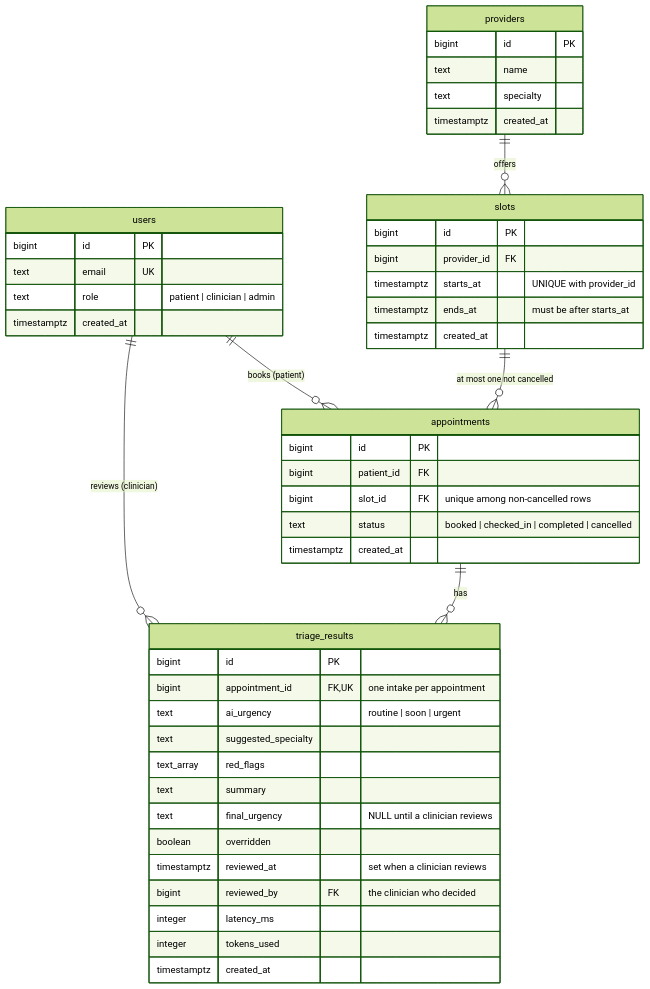
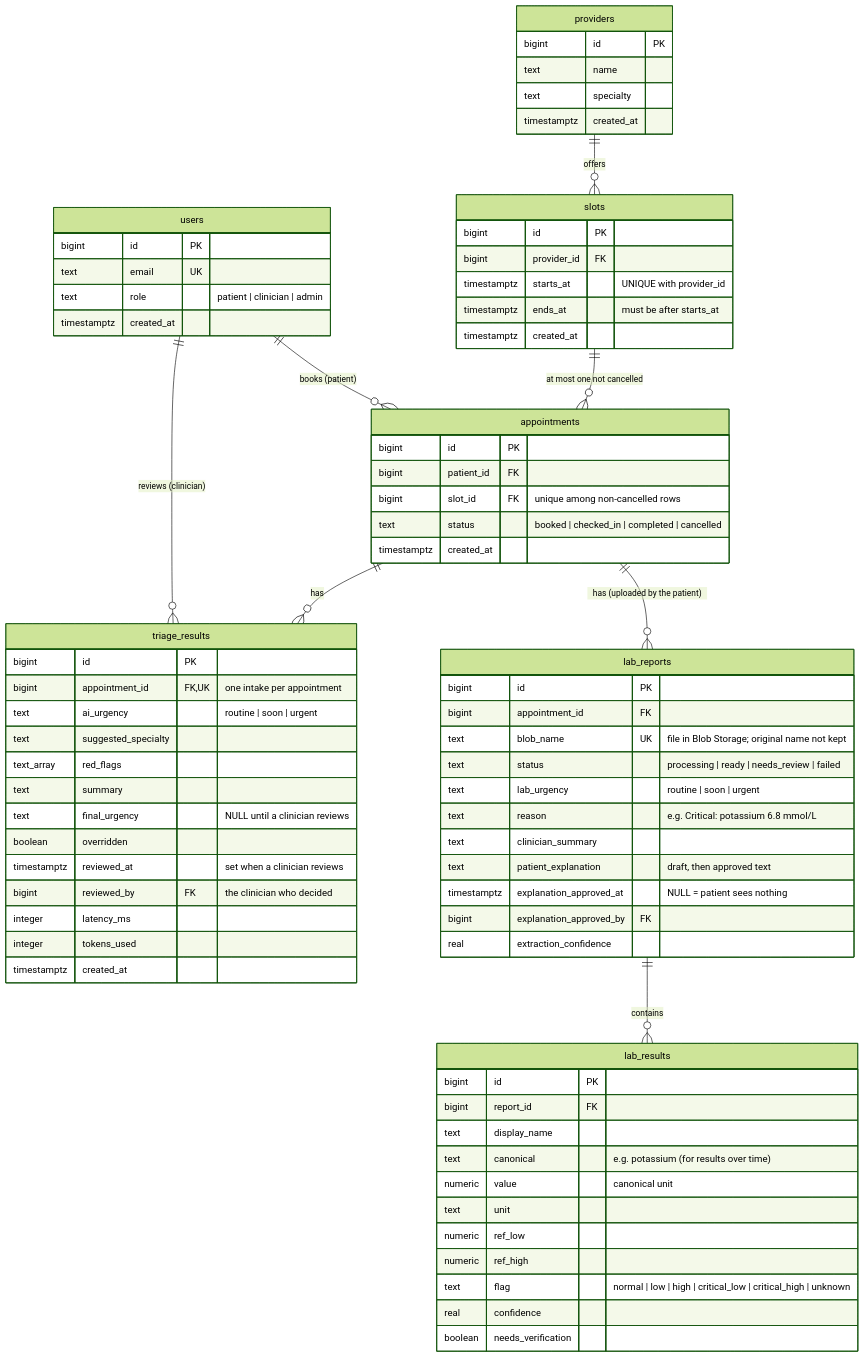
One commit to TilokJahan/Clinic-portal changed the diagram in docs/schema.md. Above: the diagram before and after it, drawn with Mermaid (forest theme). The commit also changed other lines of this file and 56 other files, not shown here.

First line of the commit message:
Add lab results: OCR, rule-based flags, AI summaries, clinician approval

````diff
--- a/docs/schema.md
+++ b/docs/schema.md
@@ -6,50 +7,78 @@
 ```mermaid
 erDiagram
     users ||--o{ appointments : "books (patient)"
     users ||--o{ triage_results : "reviews (clinician)"
     providers ||--o{ slots : offers
     slots ||--o{ appointments : "at most one not cancelled"
     appointments ||--o{ triage_results : has
+    appointments ||--o{ lab_reports : "has (uploaded by the patient)"
+    lab_reports ||--o{ lab_results : contains
 
     users {
         bigint id PK
         text email UK
         text role "patient | clinician | admin"
         timestamptz created_at
     }
     providers {
         bigint id PK
         text name
         text specialty
         timestamptz created_at
     }
     slots {
         bigint id PK
         bigint provider_id FK
         timestamptz starts_at "UNIQUE with provider_id"
         timestamptz ends_at "must be after starts_at"
         timestamptz created_at
     }
     appointments {
         bigint id PK
         bigint patient_id FK
         bigint slot_id FK "unique among non-cancelled rows"
         text status "booked | checked_in | completed | cancelled"
         timestamptz created_at
     }
     triage_results {
         bigint id PK
         bigint appointment_id FK,UK "one intake per appointment"
         text ai_urgency "routine | soon | urgent"
         text suggested_specialty
         text_array red_flags
         text summary
         text final_urgency "NULL until a clinician reviews"
         boolean overridden
         timestamptz reviewed_at "set when a clinician reviews"
         bigint reviewed_by FK "the clinician who decided"
         integer latency_ms
         integer tokens_used
         timestamptz created_at
     }
+    lab_reports {
+        bigint id PK
+        bigint appointment_id FK
+        text blob_name UK "file in Blob Storage; original name not kept"
+        text status "processing | ready | needs_review | failed"
+        text lab_urgency "routine | soon | urgent"
+        text reason "e.g. Critical: potassium 6.8 mmol/L"
+        text clinician_summary
+        text patient_explanation "draft, then approved text"
+        timestamptz explanation_approved_at "NULL = patient sees nothing"
+        bigint explanation_approved_by FK
+        real extraction_confidence
+    }
+    lab_results {
+        bigint id PK
+        bigint report_id FK
+        text display_name
+        text canonical "e.g. potassium (for results over time)"
+        numeric value "canonical unit"
+        text unit
+        numeric ref_low
+        numeric ref_high
+        text flag "normal | low | high | critical_low | critical_high | unknown"
+        real confidence
+        boolean needs_verification
+    }
 ```
````
